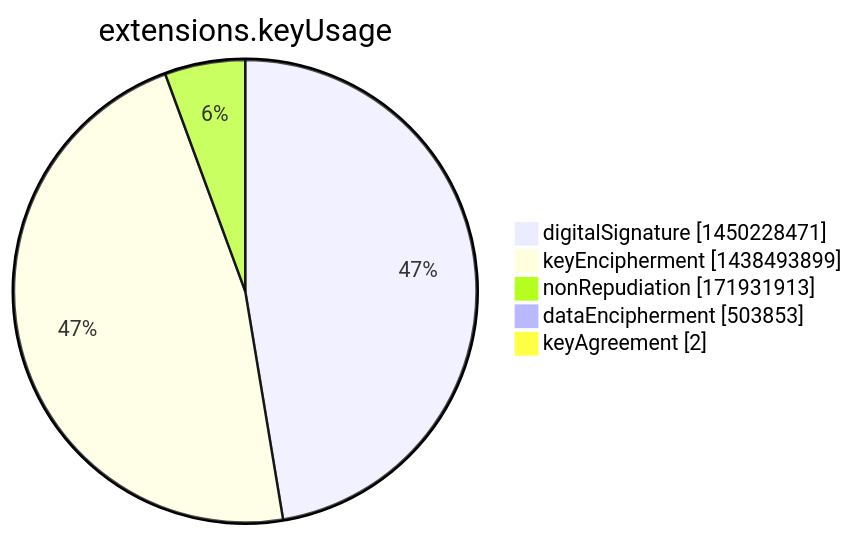
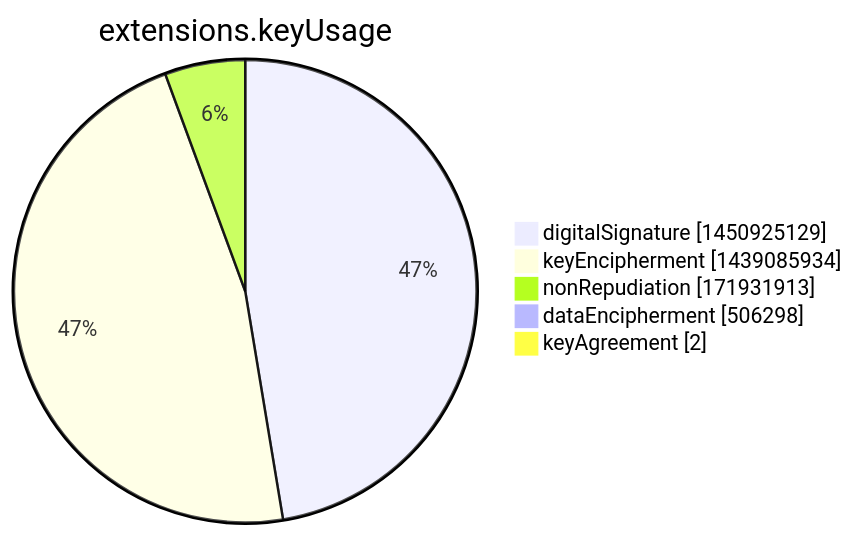
The seventh of 15 diagrams in argon2022/README.md (christiankrug/ctmonitor_visualization), drawn with Mermaid before and after one commit. The commit also changed other lines of this file, not shown here.

````diff
--- a/argon2022/README.md
+++ b/argon2022/README.md
@@ -2751,9 +2751,9 @@
 ```mermaid
 pie showData
 title extensions.keyUsage
-"digitalSignature" :1450228471
-"keyEncipherment" :1438493899
+"digitalSignature" :1450925129
+"keyEncipherment" :1439085934
 "nonRepudiation" :171931913
-"dataEncipherment" :503853
+"dataEncipherment" :506298
 "keyAgreement" :2
 ```
````
